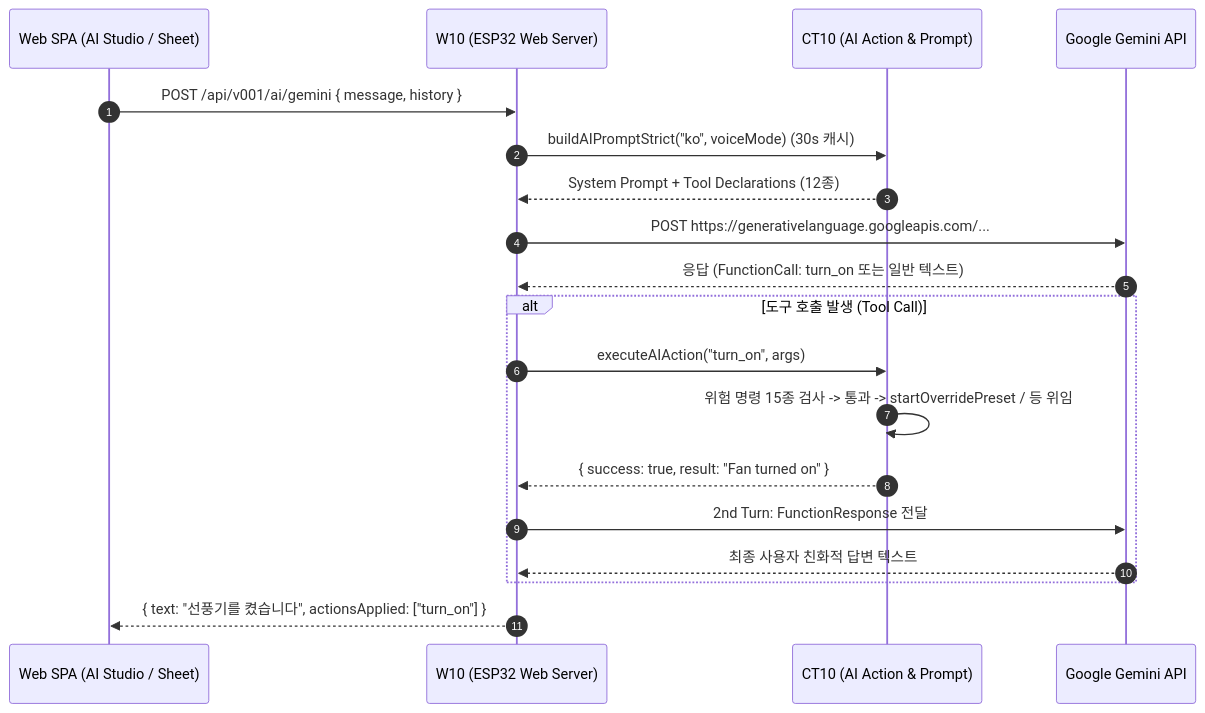
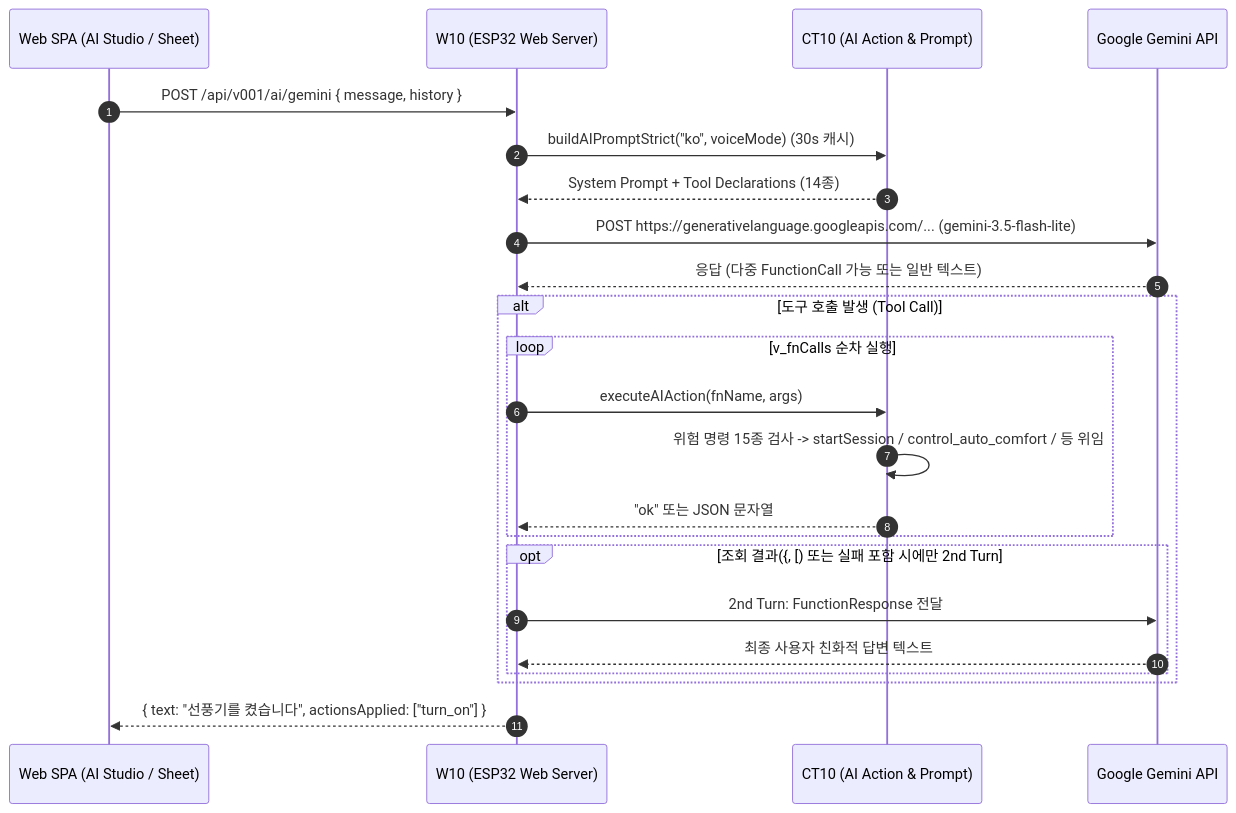
Before and after one commit to hosanglee-kr/SmartNatureWind_v002: diagram 23 of 28 in src/v0203/contract_doc_0203/FLOW_0203.md, drawn with Mermaid. The commit also changed 2 other files, not shown here.

Commit message:
docs(contract): AI 14종 도구·gemini-3.5-flash-lite·1-turn 최적화 반영

````diff
--- a/src/v0203/contract_doc_0203/FLOW_0203.md
+++ b/src/v0203/contract_doc_0203/FLOW_0203.md
@@ -765,22 +765,26 @@
 ```mermaid
 sequenceDiagram
     autonumber
     participant UI as Web SPA (AI Studio / Sheet)
     participant W as W10 (ESP32 Web Server)
     participant CT as CT10 (AI Action & Prompt)
     participant G as Google Gemini API
 
     UI->>W: POST /api/v001/ai/gemini { message, history }
     W->>CT: buildAIPromptStrict("ko", voiceMode) (30s 캐시)
-    CT-->>W: System Prompt + Tool Declarations (12종)
-    W->>G: POST https://generativelanguage.googleapis.com/...
-    G-->>W: 응답 (FunctionCall: turn_on 또는 일반 텍스트)
+    CT-->>W: System Prompt + Tool Declarations (14종)
+    W->>G: POST https://generativelanguage.googleapis.com/... (gemini-3.5-flash-lite)
+    G-->>W: 응답 (다중 FunctionCall 가능 또는 일반 텍스트)
     alt 도구 호출 발생 (Tool Call)
-        W->>CT: executeAIAction("turn_on", args)
-        CT->>CT: 위험 명령 15종 검사 -> 통과 -> startOverridePreset / 등 위임
-        CT-->>W: { success: true, result: "Fan turned on" }
-        W->>G: 2nd Turn: FunctionResponse 전달
-        G-->>W: 최종 사용자 친화적 답변 텍스트
+        loop v_fnCalls 순차 실행
+            W->>CT: executeAIAction(fnName, args)
+            CT->>CT: 위험 명령 15종 검사 -> startSession / control_auto_comfort / 등 위임
+            CT-->>W: "ok" 또는 JSON 문자열
+        end
+        opt 조회 결과({, [) 또는 실패 포함 시에만 2nd Turn
+            W->>G: 2nd Turn: FunctionResponse 전달
+            G-->>W: 최종 사용자 친화적 답변 텍스트
+        end
     end
     W-->>UI: { text: "선풍기를 켰습니다", actionsApplied: ["turn_on"] }
 ```
````
